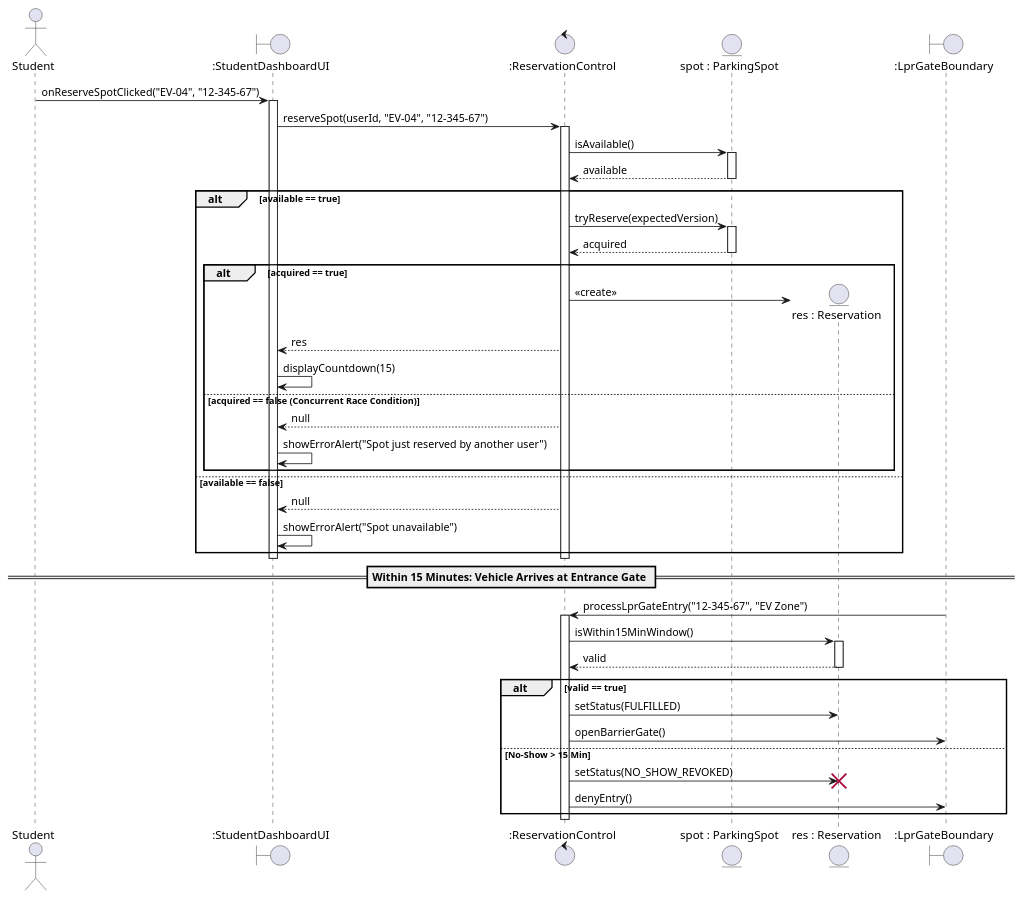
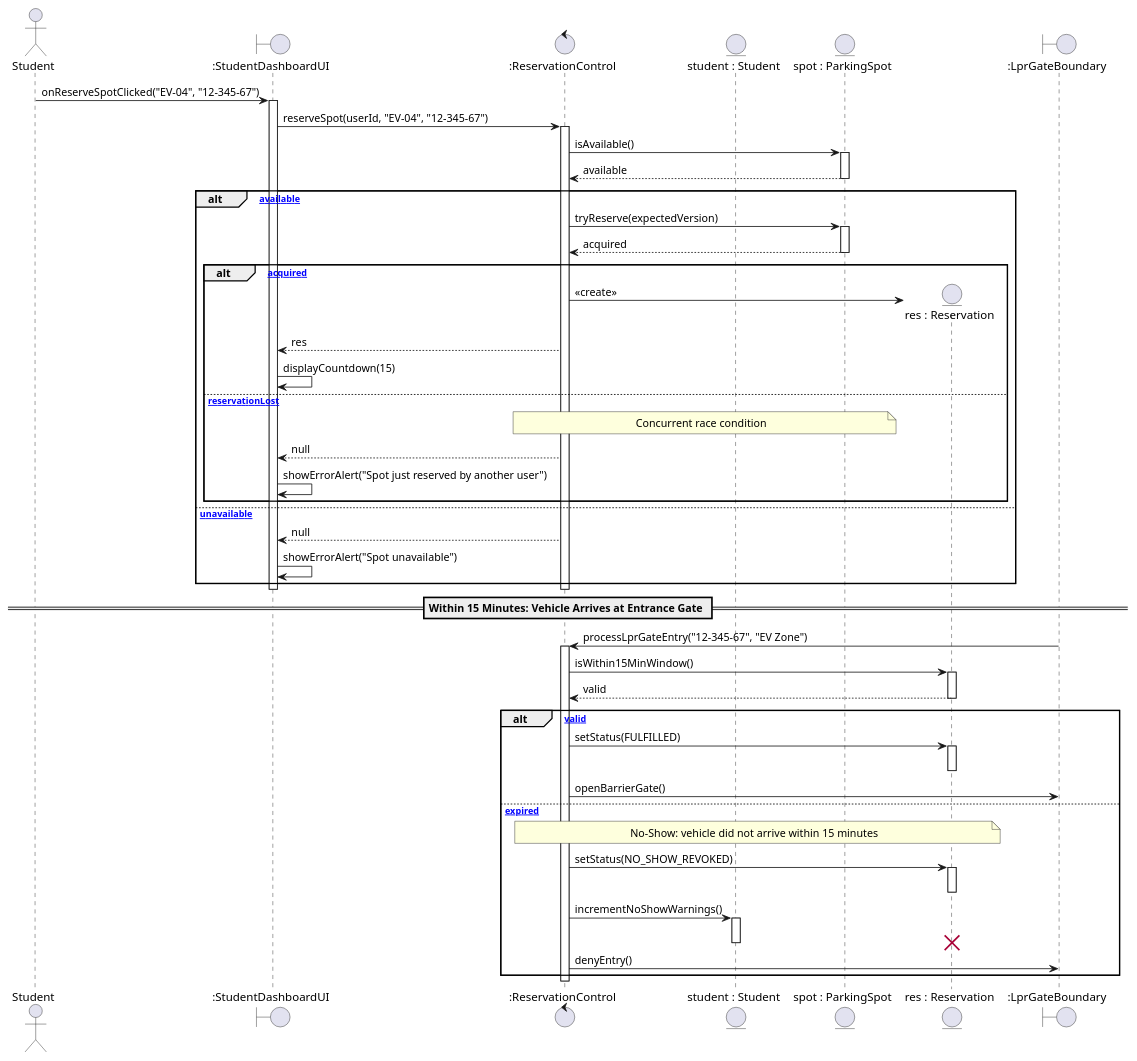
Before and after one commit to mayarserhan/Ex4_SmartParking_Design: the diagram in diagrams/sequence_reservation_ecb.puml, drawn with PlantUML. The commit also changed 2 other files, not shown here.

```diff
--- a/diagrams/sequence_reservation_ecb.puml
+++ b/diagrams/sequence_reservation_ecb.puml
@@ -1,57 +1,81 @@
 @startuml
+
 actor Student
 boundary ":StudentDashboardUI" as UI
 control ":ReservationControl" as Ctrl
+entity "student : Student" as StudentEntity
 entity "spot : ParkingSpot" as Spot
 entity "res : Reservation" as Res
 boundary ":LprGateBoundary" as LPR
 
 Student -> UI : onReserveSpotClicked("EV-04", "12-345-67")
 activate UI
+
 UI -> Ctrl : reserveSpot(userId, "EV-04", "12-345-67")
 activate Ctrl
+
 Ctrl -> Spot : isAvailable()
 activate Spot
 Spot --> Ctrl : available
 deactivate Spot
 
-alt available == true
-  Ctrl -> Spot : tryReserve(expectedVersion)
-  activate Spot
-  Spot --> Ctrl : acquired
-  deactivate Spot
-  alt acquired == true
-    create Res
-    Ctrl -> Res : <<create>>
-    Ctrl --> UI : res
-    UI -> UI : displayCountdown(15)
-  else acquired == false (Concurrent Race Condition)
+alt [available]
+    Ctrl -> Spot : tryReserve(expectedVersion)
+    activate Spot
+    Spot --> Ctrl : acquired
+    deactivate Spot
+
+    alt [acquired]
+        create Res
+        Ctrl -> Res : <<create>>
+        Ctrl --> UI : res
+        UI -> UI : displayCountdown(15)
+
+    else [reservationLost]
+        note over Ctrl, Spot : Concurrent race condition
+        Ctrl --> UI : null
+        UI -> UI : showErrorAlert("Spot just reserved by another user")
+    end
+
+else [unavailable]
     Ctrl --> UI : null
-    UI -> UI : showErrorAlert("Spot just reserved by another user")
-  end
-else available == false
-  Ctrl --> UI : null
-  UI -> UI : showErrorAlert("Spot unavailable")
+    UI -> UI : showErrorAlert("Spot unavailable")
 end
+
 deactivate Ctrl
 deactivate UI
 
 == Within 15 Minutes: Vehicle Arrives at Entrance Gate ==
 
 LPR -> Ctrl : processLprGateEntry("12-345-67", "EV Zone")
 activate Ctrl
+
 Ctrl -> Res : isWithin15MinWindow()
 activate Res
 Res --> Ctrl : valid
 deactivate Res
 
-alt valid == true
-  Ctrl -> Res : setStatus(FULFILLED)
-  Ctrl -> LPR : openBarrierGate()
-else No-Show > 15 Min
-  Ctrl -> Res : setStatus(NO_SHOW_REVOKED)
-  destroy Res
-  Ctrl -> LPR : denyEntry()
+alt [valid]
+    Ctrl -> Res : setStatus(FULFILLED)
+    activate Res
+    deactivate Res
+
+    Ctrl -> LPR : openBarrierGate()
+
+else [expired]
+    note over Ctrl, Res : No-Show: vehicle did not arrive within 15 minutes
+
+    Ctrl -> Res : setStatus(NO_SHOW_REVOKED)
+    activate Res
+    deactivate Res
+
+    Ctrl -> StudentEntity : incrementNoShowWarnings()
+    activate StudentEntity
+    deactivate StudentEntity
+
+    destroy Res
+    Ctrl -> LPR : denyEntry()
 end
+
 deactivate Ctrl
 @enduml
```
